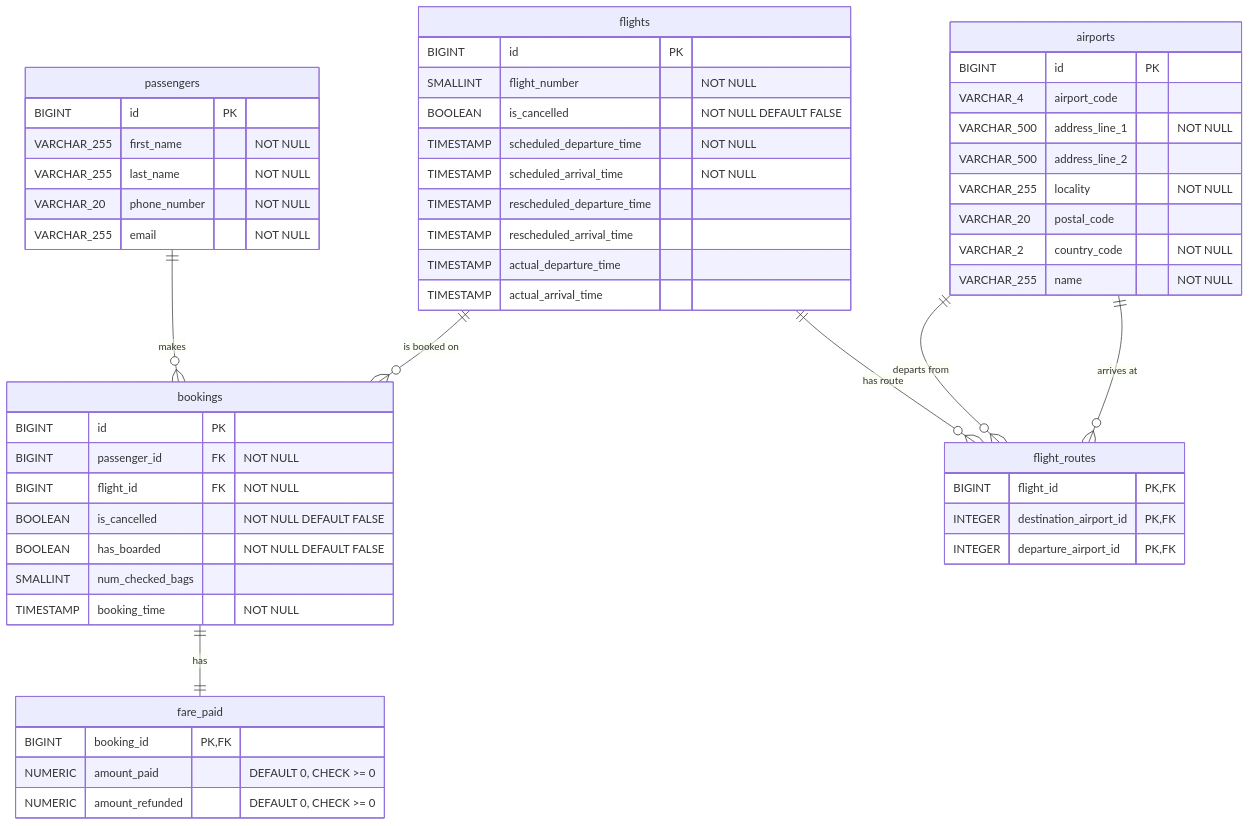
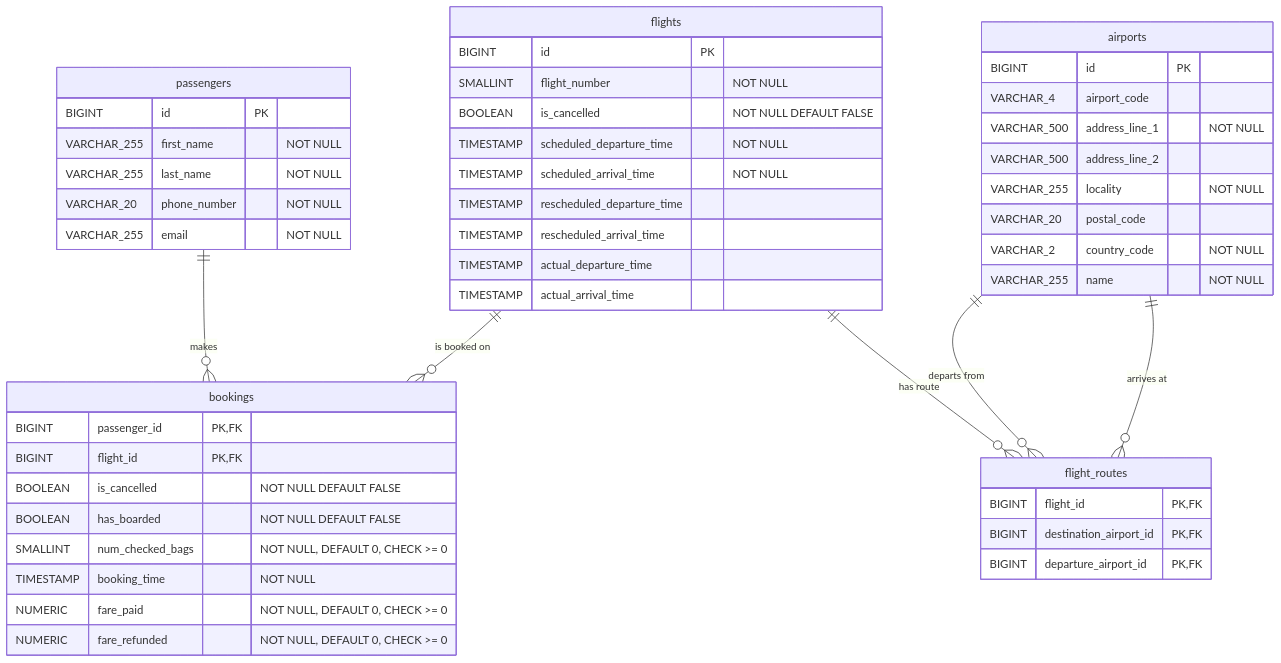
One commit to Shane-Nycum/ex603-airline-bookings-database changed the diagram in schema/erd.md. Above: the diagram before and after it, drawn with Mermaid. The commit also changed 5 other files, not shown here.

Commit message:
Update schema to fix mistakes. Add reflection.

````diff
--- a/schema/erd.md
+++ b/schema/erd.md
@@ -1,62 +1,56 @@
 ```mermaid
 erDiagram
     passengers {
         BIGINT id PK
         VARCHAR_255 first_name "NOT NULL"
         VARCHAR_255 last_name "NOT NULL"
         VARCHAR_20 phone_number "NOT NULL"
         VARCHAR_255 email "NOT NULL"
     }
 
     flights {
         BIGINT id PK
         SMALLINT flight_number "NOT NULL"
         BOOLEAN is_cancelled "NOT NULL DEFAULT FALSE"
         TIMESTAMP scheduled_departure_time "NOT NULL"
         TIMESTAMP scheduled_arrival_time "NOT NULL"
         TIMESTAMP rescheduled_departure_time
         TIMESTAMP rescheduled_arrival_time
         TIMESTAMP actual_departure_time
         TIMESTAMP actual_arrival_time
     }
 
     bookings {
-        BIGINT id PK
-        BIGINT passenger_id FK "NOT NULL"
-        BIGINT flight_id FK "NOT NULL"
+        BIGINT passenger_id PK, FK
+        BIGINT flight_id PK, FK
         BOOLEAN is_cancelled "NOT NULL DEFAULT FALSE"
         BOOLEAN has_boarded "NOT NULL DEFAULT FALSE"
-        SMALLINT num_checked_bags
+        SMALLINT num_checked_bags "NOT NULL, DEFAULT 0, CHECK >= 0"
         TIMESTAMP booking_time "NOT NULL"
+        NUMERIC fare_paid "NOT NULL, DEFAULT 0, CHECK >= 0"
+        NUMERIC fare_refunded "NOT NULL, DEFAULT 0, CHECK >= 0"
     }
 
     airports {
         BIGINT id PK
         VARCHAR_4 airport_code
         VARCHAR_500 address_line_1 "NOT NULL"
         VARCHAR_500 address_line_2
         VARCHAR_255 locality "NOT NULL"
         VARCHAR_20 postal_code
         VARCHAR_2 country_code "NOT NULL"
         VARCHAR_255 name "NOT NULL"
     }
 
     flight_routes {
         BIGINT flight_id PK, FK
-        INTEGER destination_airport_id PK, FK
-        INTEGER departure_airport_id PK, FK
-    }
-
-    fare_paid {
-        BIGINT booking_id PK, FK
-        NUMERIC amount_paid "DEFAULT 0, CHECK >= 0"
-        NUMERIC amount_refunded "DEFAULT 0, CHECK >= 0"
+        BIGINT destination_airport_id PK, FK
+        BIGINT departure_airport_id PK, FK
     }
 
     passengers ||--o{ bookings : "makes"
     flights ||--o{ bookings : "is booked on"
-    bookings ||--|| fare_paid : "has"
     flights ||--o{ flight_routes : "has route"
     airports ||--o{ flight_routes : "departs from"
     airports ||--o{ flight_routes : "arrives at"
 ```
````
